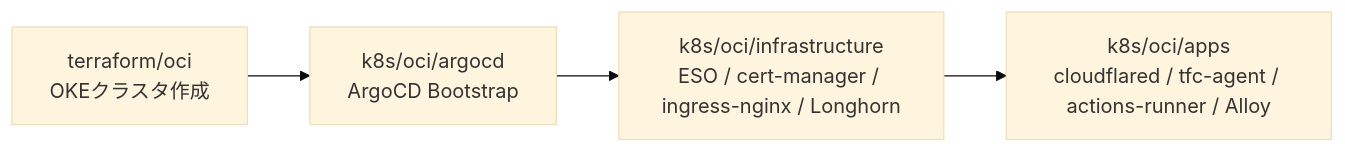
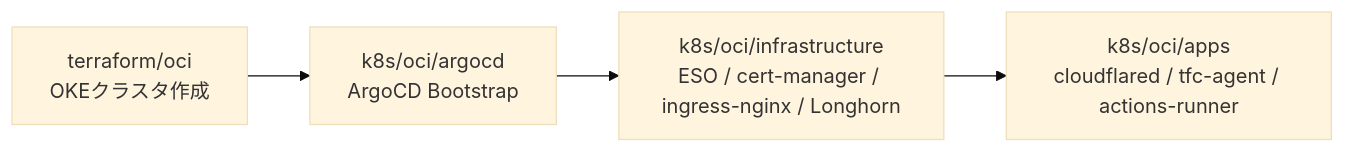
Before and after one commit to miutaku/my-infra: the third of 4 diagrams in README.md, drawn with Mermaid (base theme). The commit also changed other lines of this file and 25 other files, not shown here.

````diff
--- a/README.md
+++ b/README.md
@@ -246,9 +242,9 @@
 ```mermaid
 flowchart LR
   Terraform[terraform/oci<br/>OKEクラスタ作成]
   ArgoCD[k8s/oci/argocd<br/>ArgoCD Bootstrap]
   Infra[k8s/oci/infrastructure<br/>ESO / cert-manager / ingress-nginx / Longhorn]
-  Apps[k8s/oci/apps<br/>cloudflared / tfc-agent / actions-runner / Alloy]
+  Apps[k8s/oci/apps<br/>cloudflared / tfc-agent / actions-runner]
 
   Terraform --> ArgoCD --> Infra --> Apps
 ```
````
